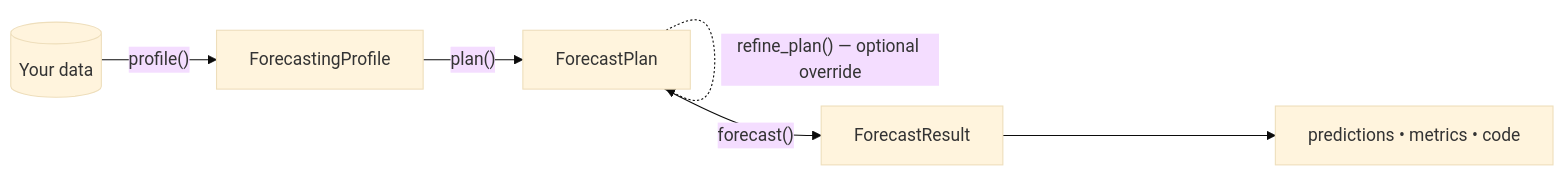
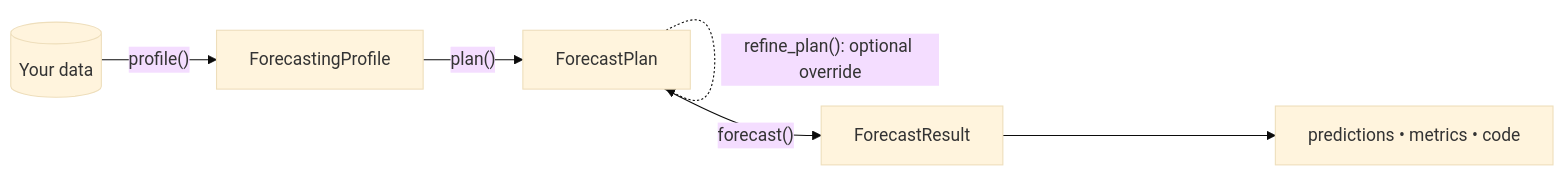
One commit to skforecast/skforecast-ai changed the diagram in docs/user_guides/the-forecasting-workflow.md. Above: the diagram before and after it, drawn with Mermaid (base theme). The commit also changed other lines of this file and 12 other files, not shown here.

````diff
--- a/docs/user_guides/the-forecasting-workflow.md
+++ b/docs/user_guides/the-forecasting-workflow.md
@@ -7,8 +7,8 @@
 ```mermaid
 flowchart LR
     A[(Your data)] -->|"profile()"| B[ForecastingProfile]
     B -->|"plan()"| C[ForecastPlan]
-    C -.->|"refine_plan() — optional override"| C
+    C -.->|"refine_plan(): optional override"| C
     C -->|"forecast()"| D[ForecastResult]
     D --> E[predictions • metrics • code]
 ```
````
